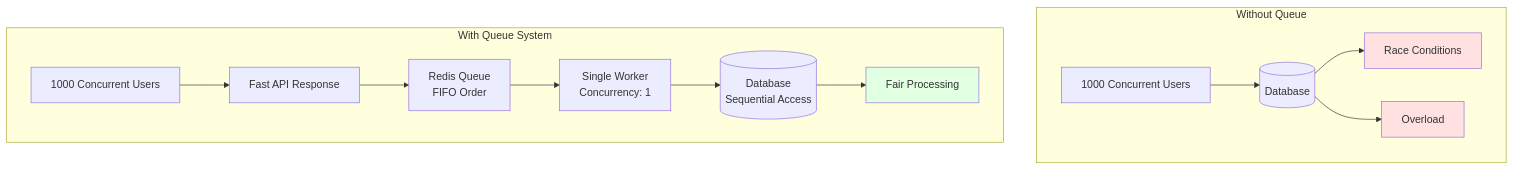
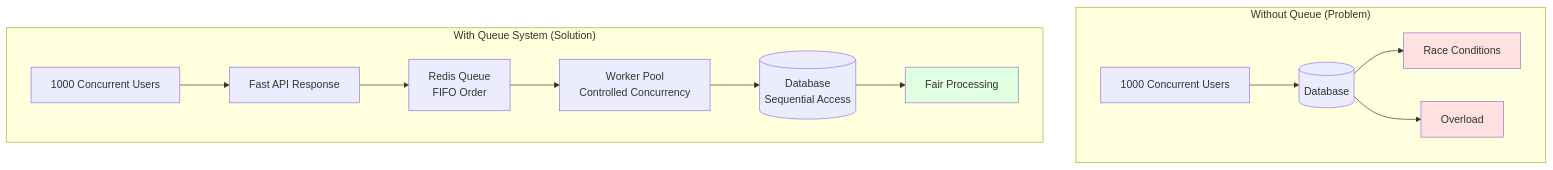
One commit to ezkctc/flash-sale changed the fourth of 4 diagrams in README.md. Above: the diagram before and after it, drawn with Mermaid. The commit also changed other lines of this file, not shown here.

````diff
--- a/README.md
+++ b/README.md
@@ -345,20 +554,20 @@
 ```mermaid
 graph TB
-    subgraph "Without Queue"
+    subgraph "Without Queue (Problem)"
         A1[1000 Concurrent Users] --> B1[(Database)]
         B1 --> C1[Race Conditions]
         B1 --> D1[Overload]
     end
 
-    subgraph "With Queue System"
+    subgraph "With Queue System (Solution)"
         A2[1000 Concurrent Users] --> B2[Fast API Response]
         B2 --> C2[Redis Queue<br/>FIFO Order]
-        C2 --> D2[Single Worker<br/>Concurrency: 1]
+        C2 --> D2[Worker Pool<br/>Controlled Concurrency]
         D2 --> E2[(Database<br/>Sequential Access)]
         E2 --> F2[Fair Processing]
     end
 
     style C1 fill:#ffe1e1
     style D1 fill:#ffe1e1
     style F2 fill:#e1ffe1
 ```
````
